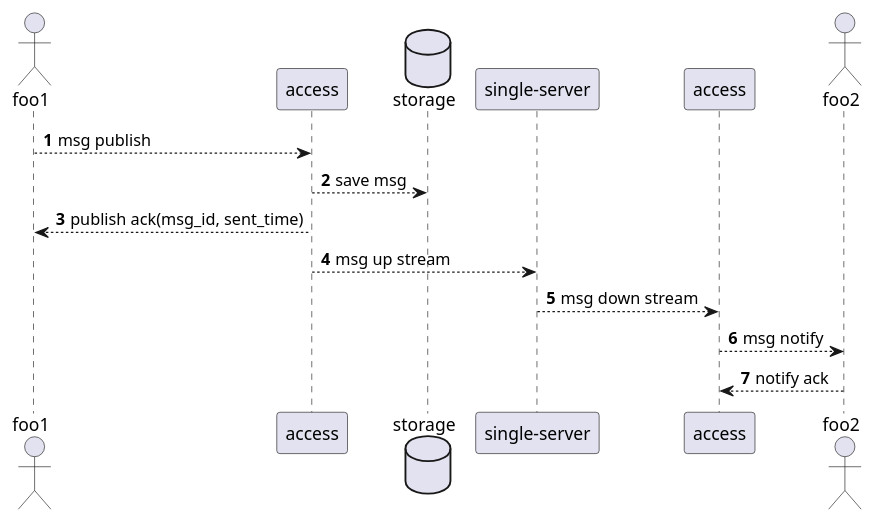
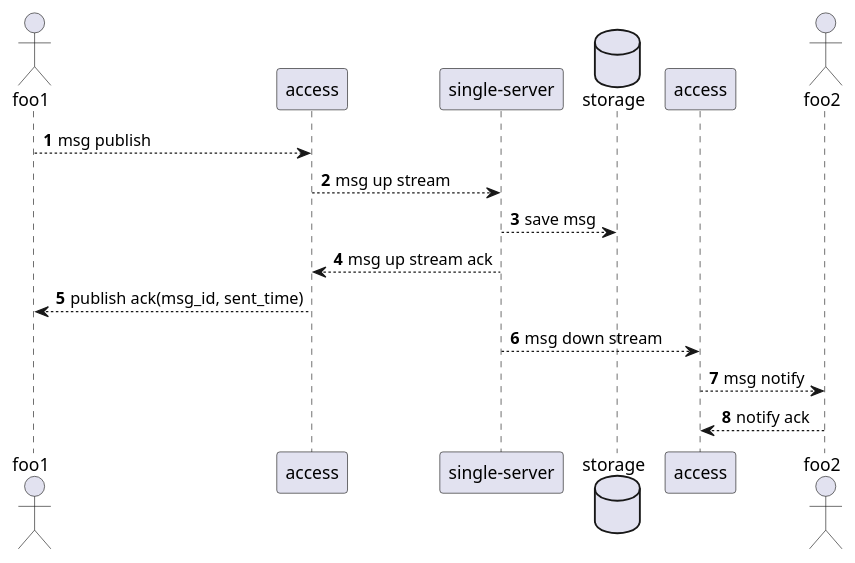
Before and after one commit to raven-im/raven: the diagram in doc/一期设计文档/uml/single_chat.puml, drawn with PlantUML. The commit also changed 6 other files, not shown here.

```diff
--- a/doc/一期设计文档/uml/single_chat.puml
+++ b/doc/一期设计文档/uml/single_chat.puml
@@ -1,19 +1,20 @@
 @startuml
 
 actor "foo1" as client1
 
 participant "access" as access1
+participant "single-server" as single
 database "storage" as db
-participant "single-server" as router
 participant "access" as access2
 actor "foo2" as client2
 
 autonumber
 client1 --> access1 : msg publish
-access1 --> db: save msg
+access1 --> single: msg up stream
+single --> db: save msg
+single --> access1: msg up stream ack
 access1 --> client1 : publish ack(msg_id, sent_time)
-access1 --> router: msg up stream
-router --> access2: msg down stream
+single --> access2: msg down stream
 access2 --> client2: msg notify
 client2 --> access2: notify ack
 @enduml
```
